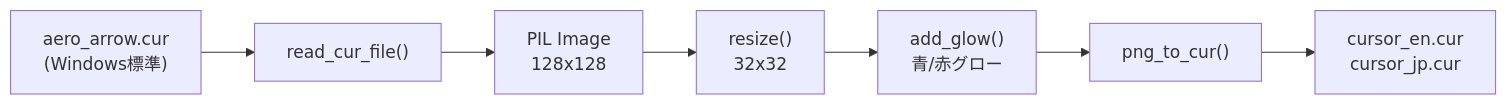
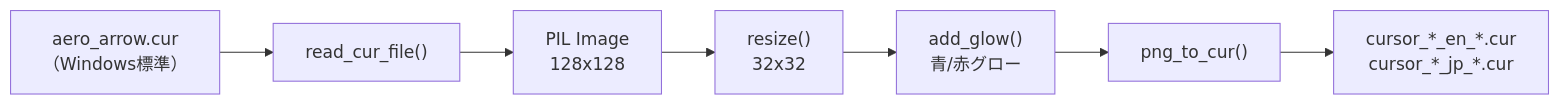
The fifth of 6 diagrams in docs/architecture.md (ycookiey/yCursory), drawn with Mermaid before and after one commit. The commit also changed other lines of this file and 9 other files, not shown here.

````diff
--- a/docs/architecture.md
+++ b/docs/architecture.md
@@ -117,9 +135,9 @@
 ```mermaid
 flowchart LR
-    A["aero_arrow.cur<br/>(Windows標準)"] --> B["read_cur_file()"]
+    A["aero_arrow.cur<br/>（Windows標準）"] --> B["read_cur_file()"]
     B --> C["PIL Image<br/>128x128"]
     C --> D["resize()<br/>32x32"]
     D --> E["add_glow()<br/>青/赤グロー"]
     E --> F["png_to_cur()"]
-    F --> G["cursor_en.cur<br/>cursor_jp.cur"]
+    F --> G["cursor_*_en_*.cur<br/>cursor_*_jp_*.cur"]
 ```
````
